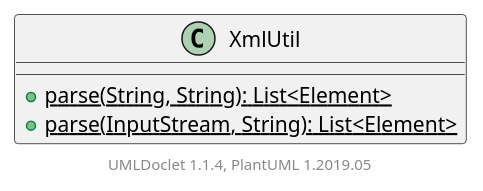
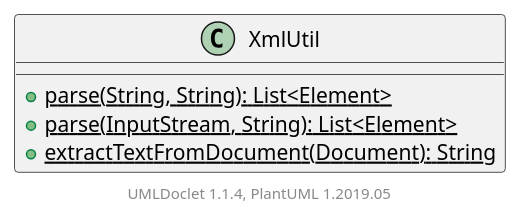
Before and after one commit to apache/jspwiki-site: the diagram in apidocs/2.11.0.M7-SNAPSHOT/org/apache/wiki/util/XmlUtil.puml, drawn with PlantUML. The commit also changed 1187 other files, not shown here.

```diff
--- a/apidocs/2.11.0.M7-SNAPSHOT/org/apache/wiki/util/XmlUtil.puml
+++ b/apidocs/2.11.0.M7-SNAPSHOT/org/apache/wiki/util/XmlUtil.puml
@@ -1,10 +1,11 @@
 @startuml
 
     class XmlUtil [[XmlUtil.html]] {
         {static} +parse(String, String): List<Element>
         {static} +parse(InputStream, String): List<Element>
+        {static} +extractTextFromDocument(Document): String
     }
 
 
     center footer UMLDoclet 1.1.4, PlantUML 1.2019.05
 @enduml
```
